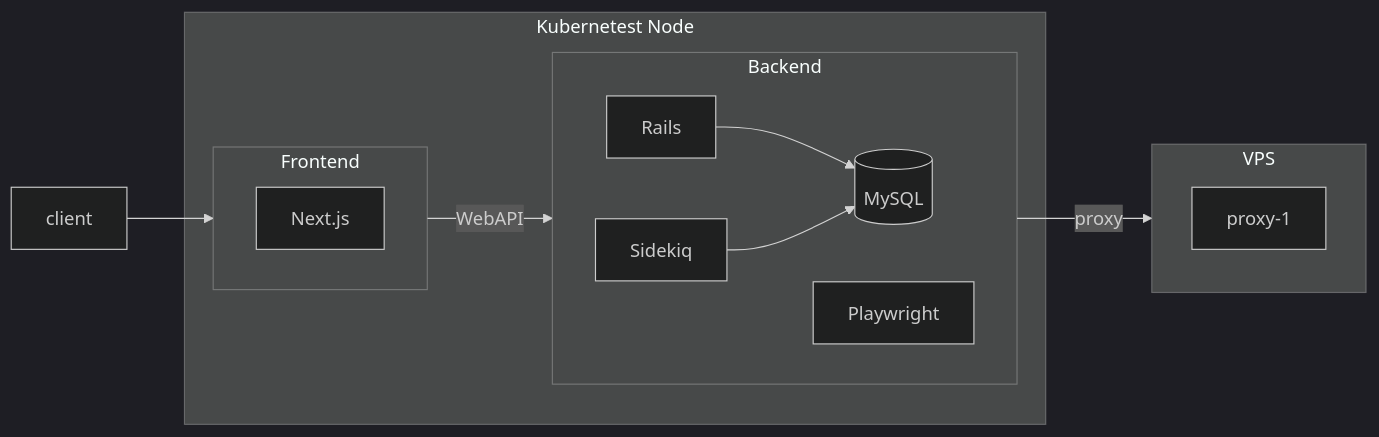
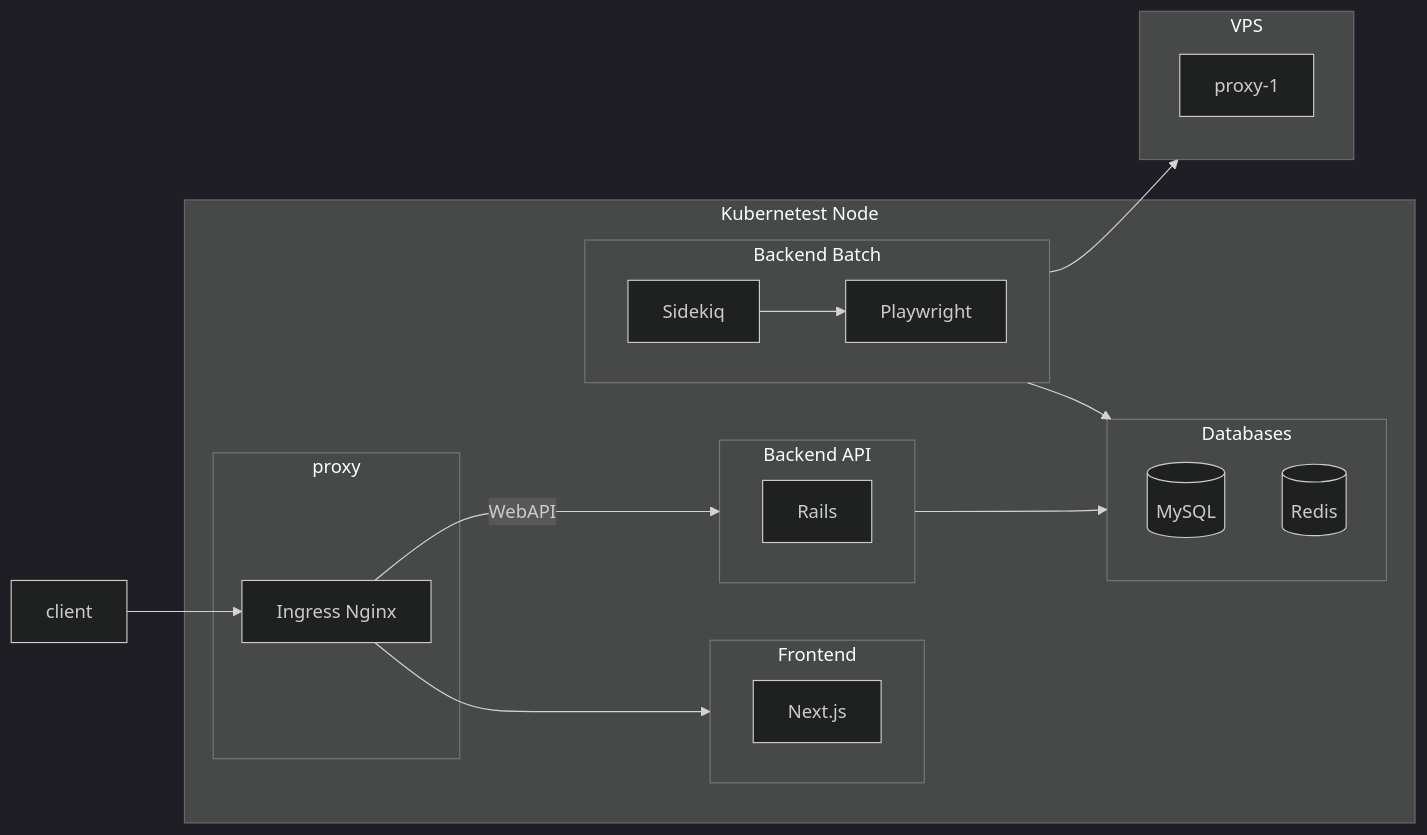
Before and after one commit to kuroweb/price-monitoring: the second of 12 diagrams in README.md, drawn with Mermaid (dark theme). The commit also changed other lines of this file and 4 other files, not shown here.

````diff
--- a/README.md
+++ b/README.md
@@ -41,29 +81,42 @@
-```mermaid
-flowchart LR
-subgraph Kubernetest Node
-  subgraph frontend [Frontend]
-    direction LR
+  ```mermaid
+  flowchart LR
+  subgraph Kubernetest Node
+    subgraph proxy
+      nginx[Ingress Nginx]
+    end
 
-    Next.js
+    subgraph Frontend
+      direction LR
+
+      Next.js
+    end
+
+    subgraph Backend API
+      direction LR
+
+      rails[Rails]
+    end
+
+    subgraph Backend Batch
+      direction LR
+
+      sidekiq[Sidekiq]
+      playwright[Playwright]
+    end
+
+    subgraph Databases
+      mysql[(MySQL)]
+      redis[(Redis)]
+    end
   end
 
-  subgraph price ["Backend"]
-    direction LR
+  subgraph VPS
+    proxy-1
+  end
 
-    price_rails[Rails]
-    price_rails_batch[Sidekiq]
-    price_rails_mysql[(MySQL)]
-    price_playwright[Playwright]
-
-    price_rails-->price_rails_mysql
-    price_rails_batch-->price_rails_mysql
-  end
-end
-
-subgraph VPS
-  proxy-1
-end
-
-client-->frontend--WebAPI-->price
-price--proxy-->VPS
-```
+  client-->nginx-->Next.js
+  nginx--WebAPI-->rails
+  sidekiq-->playwright-->VPS
+  rails-->Databases
+  sidekiq-->Databases
+  ```
````
